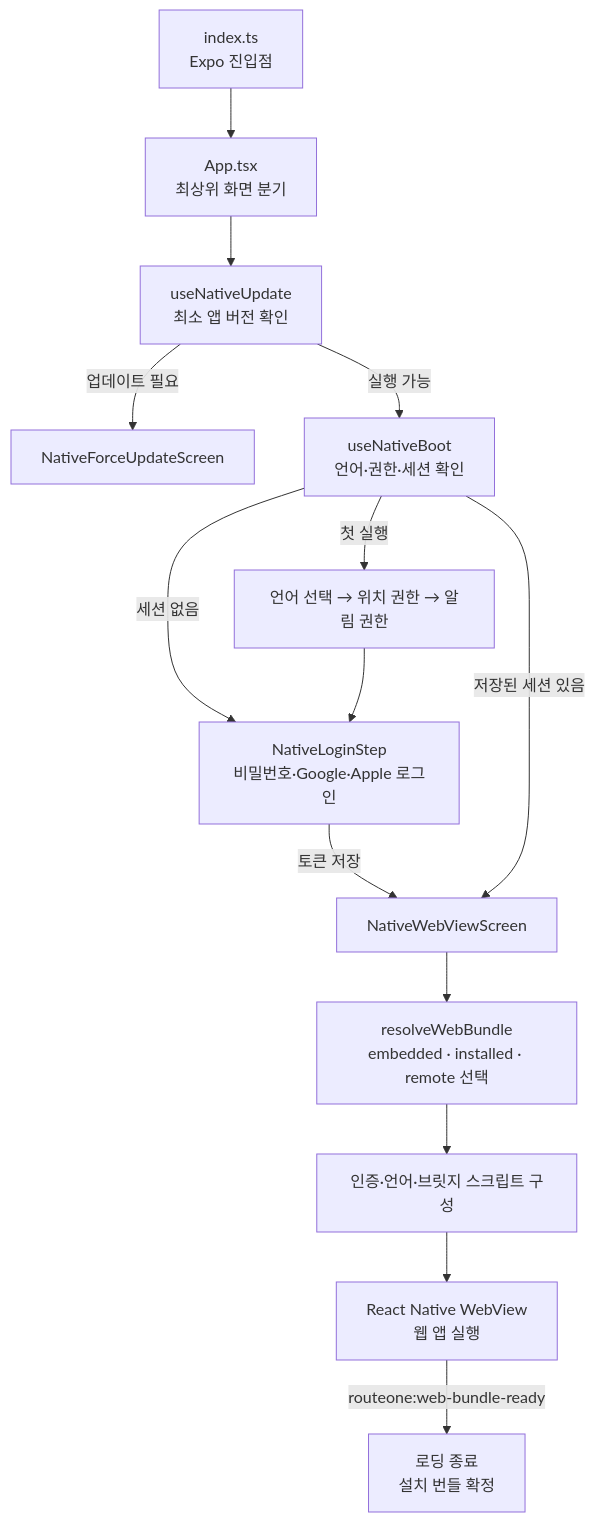
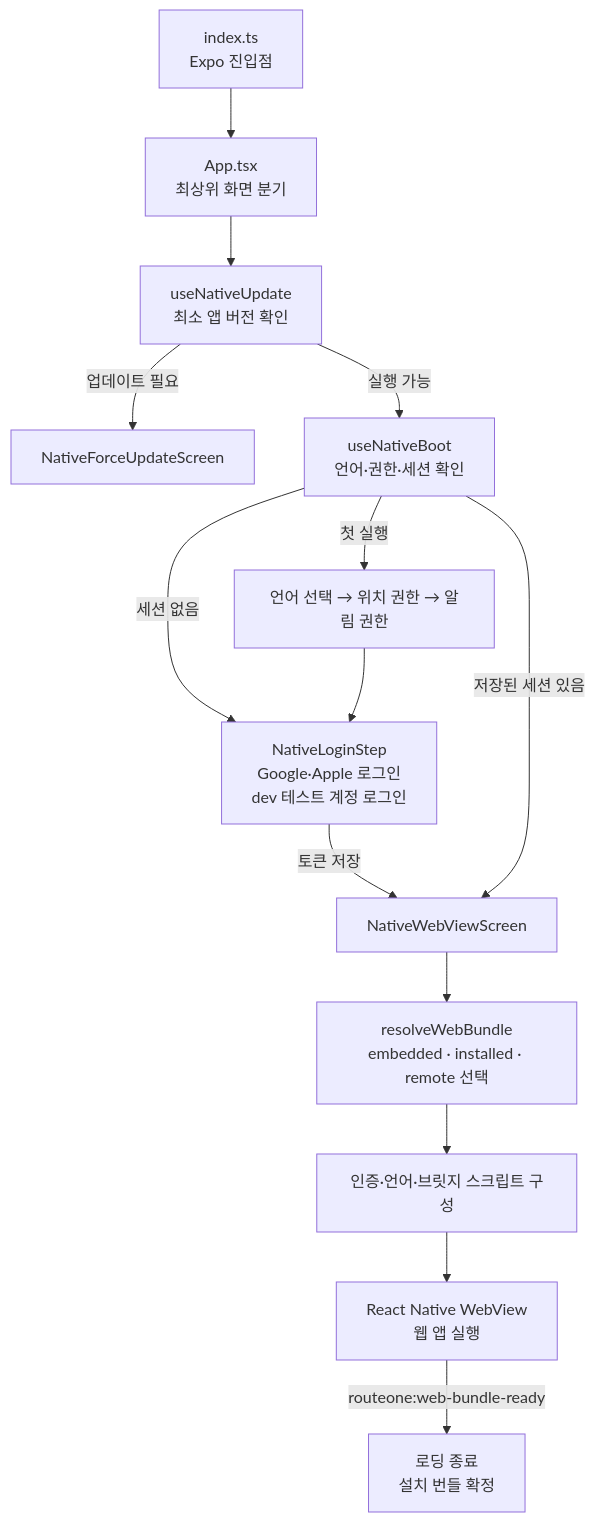
One commit to MyeongwuKim/routeone changed the first of 2 diagrams in apps/native/README.md. Above: the diagram before and after it, drawn with Mermaid. The commit also changed other lines of this file and 11 other files, not shown here.

````diff
--- a/apps/native/README.md
+++ b/apps/native/README.md
@@ -219,16 +220,16 @@
 ```mermaid
 flowchart TD
   Entry["index.ts<br/>Expo 진입점"] --> App["App.tsx<br/>최상위 화면 분기"]
   App --> Update["useNativeUpdate<br/>최소 앱 버전 확인"]
   Update -->|업데이트 필요| ForceUpdate["NativeForceUpdateScreen"]
   Update -->|실행 가능| Boot["useNativeBoot<br/>언어·권한·세션 확인"]
   Boot -->|첫 실행| Onboarding["언어 선택 → 위치 권한 → 알림 권한"]
-  Boot -->|세션 없음| Login["NativeLoginStep<br/>비밀번호·Google·Apple 로그인"]
+  Boot -->|세션 없음| Login["NativeLoginStep<br/>Google·Apple 로그인<br/>dev 테스트 계정 로그인"]
   Onboarding --> Login
   Login -->|토큰 저장| WebViewScreen["NativeWebViewScreen"]
   Boot -->|저장된 세션 있음| WebViewScreen
   WebViewScreen --> Bundle["resolveWebBundle<br/>embedded · installed · remote 선택"]
   Bundle --> Inject["인증·언어·브릿지 스크립트 구성"]
   Inject --> WebView["React Native WebView<br/>웹 앱 실행"]
   WebView -->|routeone:web-bundle-ready| Ready["로딩 종료<br/>설치 번들 확정"]
 ```
````
